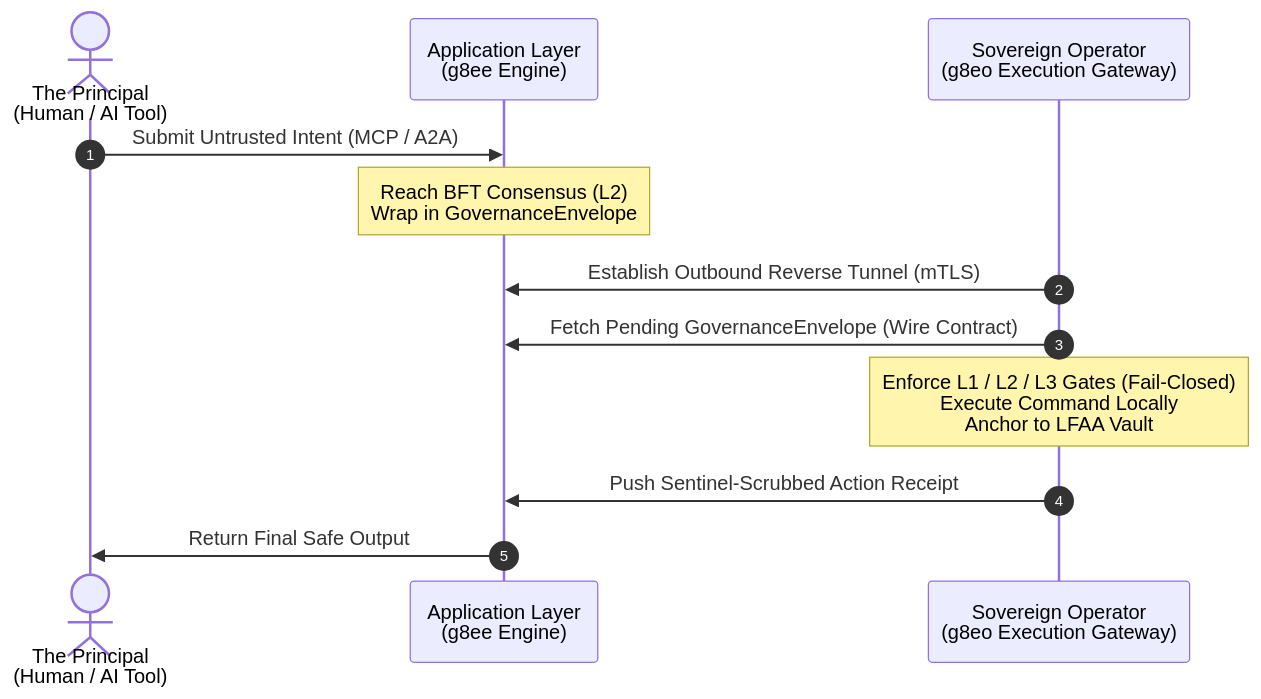
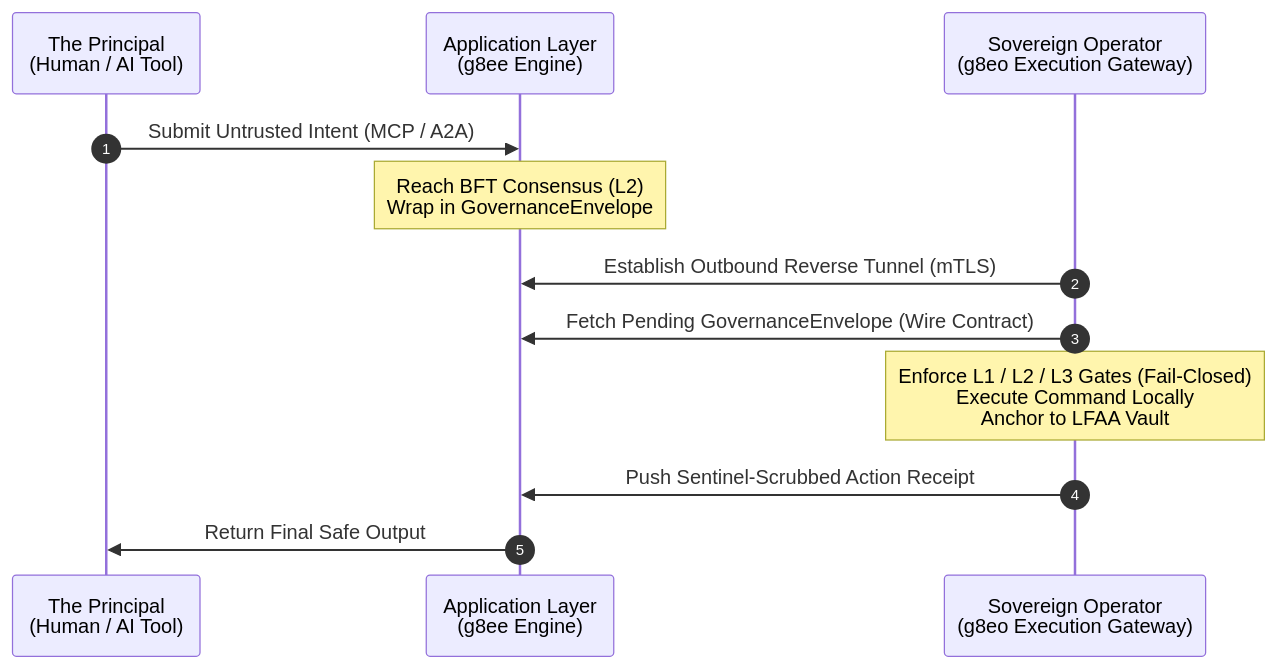
One commit to g8e-ai/g8e changed the first of 3 diagrams in README.md. Above: the diagram before and after it, drawn with Mermaid. The commit also changed 34 other files, not shown here.

````diff
--- a/README.md
+++ b/README.md
@@ -21,24 +21,24 @@
 ```mermaid
 sequenceDiagram
     autonumber
     
-    actor Principal as The Principal<br/>(Human / AI Tool)
+    participant Principal as The Principal<br/>(Human / AI Tool)
     participant Engine as Application Layer<br/>(g8ee Engine)
     participant Operator as Sovereign Operator<br/>(g8eo Execution Gateway)
 
     %% Intent Generation (External to Operator)
     Principal->>Engine: Submit Untrusted Intent (MCP / A2A)
     Note over Engine: Reach BFT Consensus (L2)<br/>Wrap in GovernanceEnvelope
     
     %% Operator Outbound-Only Interaction
     Operator->>Engine: Establish Outbound Reverse Tunnel (mTLS)
     Operator->>Engine: Fetch Pending GovernanceEnvelope (Wire Contract)
     
     Note over Operator: Enforce L1 / L2 / L3 Gates (Fail-Closed)<br/>Execute Command Locally<br/>Anchor to LFAA Vault
     
     Operator->>Engine: Push Sentinel-Scrubbed Action Receipt
     
     %% Return to Principal
     Engine->>Principal: Return Final Safe Output
 
 ```
````
